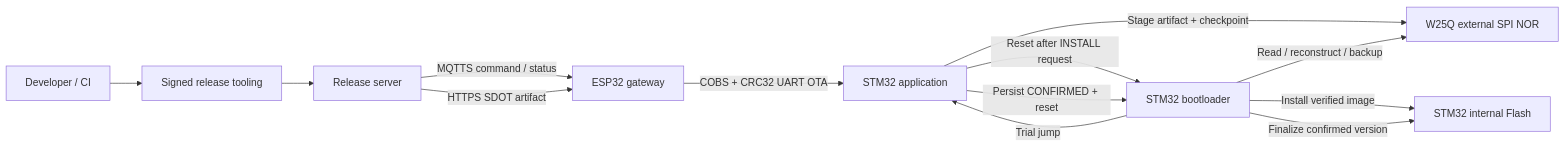
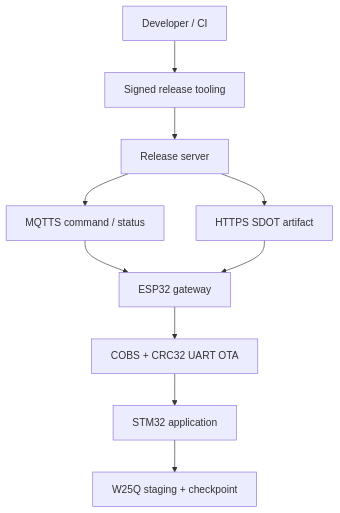
Before and after one commit to haikevins/secure-delta-ota-bootloader: the first of 8 diagrams in README.md, drawn with Mermaid. The commit also changed other lines of this file and 8 other files, not shown here.

````diff
--- a/README.md
+++ b/README.md
@@ -45,15 +49,12 @@
 ```mermaid
-flowchart LR
+flowchart TB
     DEV["Developer / CI"] --> REL["Signed release tooling"]
     REL --> SRV["Release server"]
-    SRV -->|"MQTTS command / status"| GW["ESP32 gateway"]
-    SRV -->|"HTTPS SDOT artifact"| GW
-    GW -->|"COBS + CRC32 UART OTA"| APP["STM32 application"]
-    APP -->|"Stage artifact + checkpoint"| EXT["W25Q external SPI NOR"]
-    APP -->|"Reset after INSTALL request"| BL["STM32 bootloader"]
-    BL -->|"Read / reconstruct / backup"| EXT
-    BL -->|"Install verified image"| IFLASH["STM32 internal Flash"]
-    BL -->|"Trial jump"| APP
-    APP -->|"Persist CONFIRMED + reset"| BL
-    BL -->|"Finalize confirmed version"| IFLASH
+    SRV --> CMD["MQTTS command / status"]
+    SRV --> ART["HTTPS SDOT artifact"]
+    CMD --> GW["ESP32 gateway"]
+    ART --> GW
+    GW --> UART["COBS + CRC32 UART OTA"]
+    UART --> APP["STM32 application"]
+    APP --> EXT["W25Q staging + checkpoint"]
 ```
````
